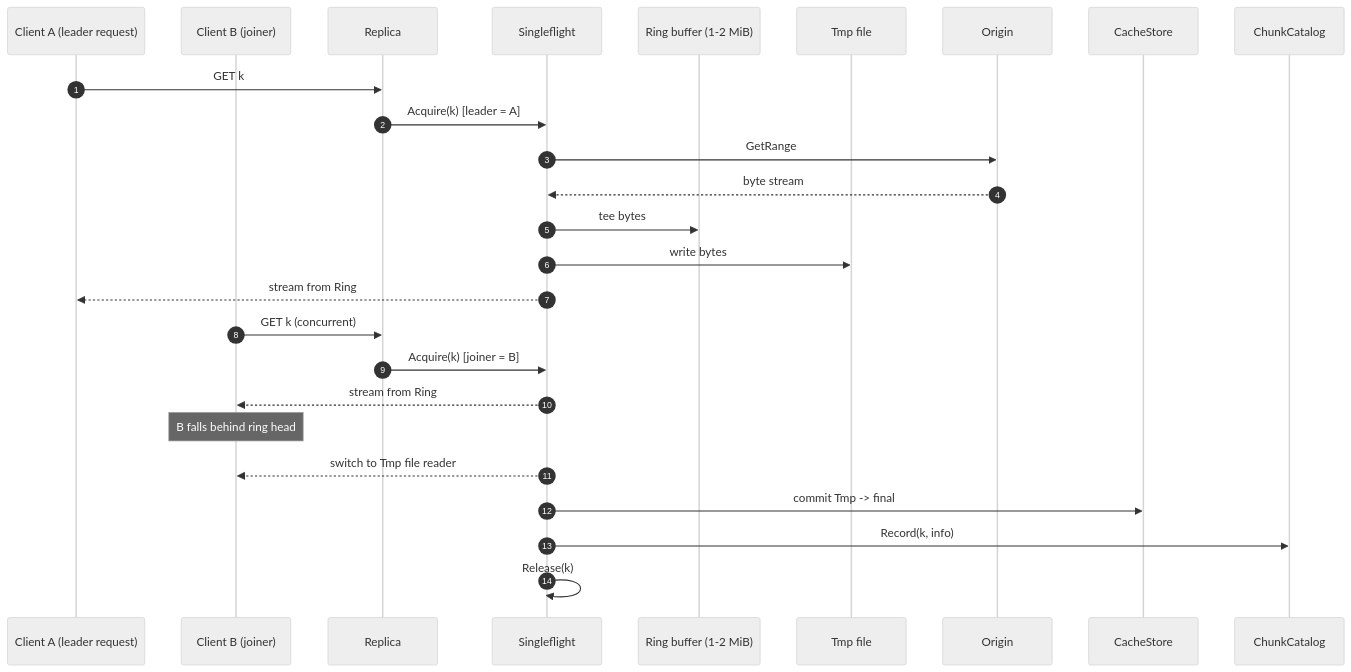
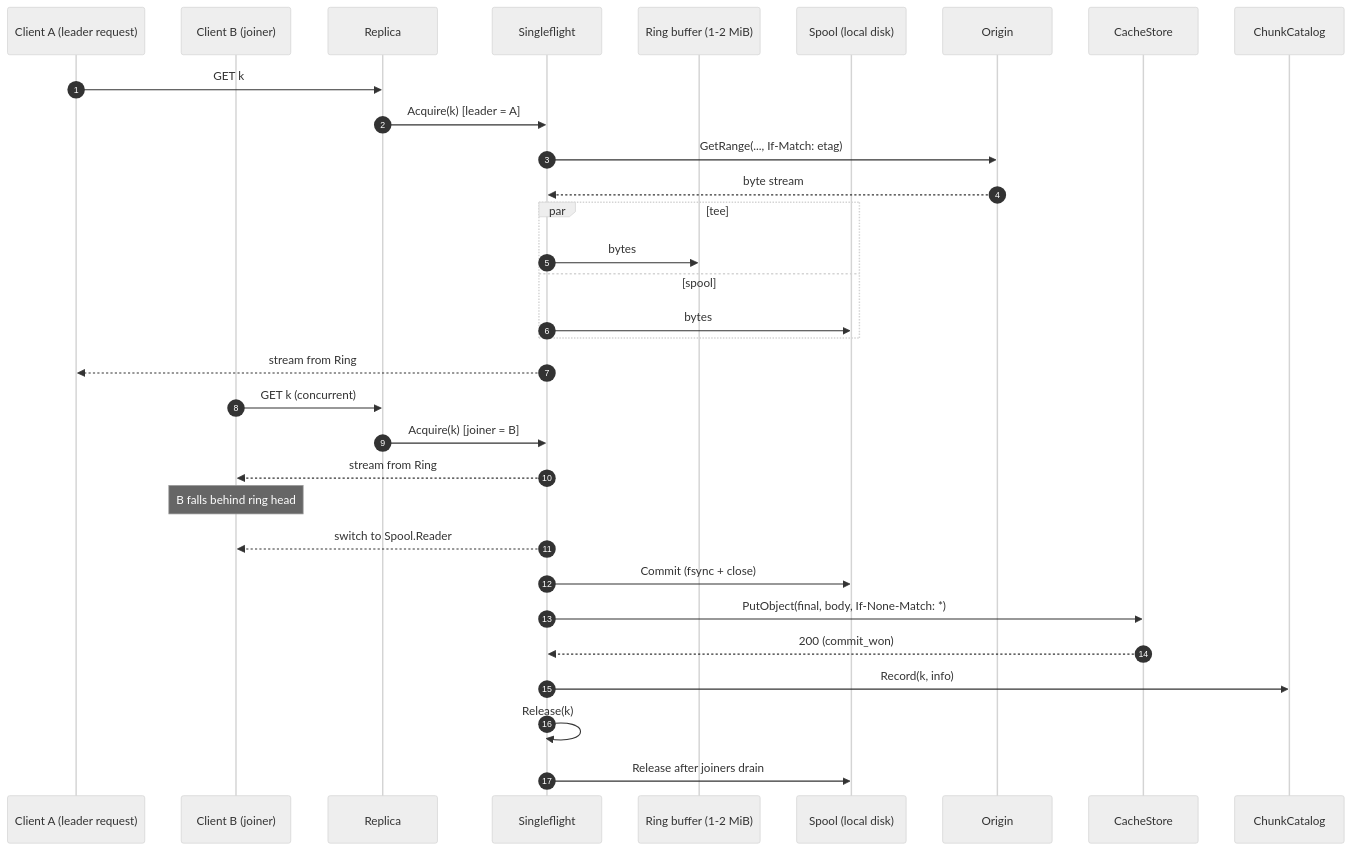
The fifth of 11 diagrams in designdocs/origincache/design.md (Azure/unbounded), drawn with Mermaid (neutral theme) before and after one commit. The commit also changed other lines of this file, not shown here.

````diff
--- a/designdocs/origincache/design.md
+++ b/designdocs/origincache/design.md
@@ -276,28 +406,34 @@
 ```mermaid
 sequenceDiagram
     autonumber
     participant A as Client A (leader request)
     participant B as Client B (joiner)
     participant R as Replica
     participant SF as Singleflight
     participant Ring as Ring buffer (1-2 MiB)
-    participant Tmp as Tmp file
+    participant Sp as Spool (local disk)
     participant O as Origin
     participant CS as CacheStore
     participant Cat as ChunkCatalog
     A->>R: GET k
     R->>SF: Acquire(k) [leader = A]
-    SF->>O: GetRange
+    SF->>O: GetRange(..., If-Match: etag)
     O-->>SF: byte stream
-    SF->>Ring: tee bytes
-    SF->>Tmp: write bytes
+    par tee
+        SF->>Ring: bytes
+    and spool
+        SF->>Sp: bytes
+    end
     SF-->>A: stream from Ring
     B->>R: GET k (concurrent)
     R->>SF: Acquire(k) [joiner = B]
     SF-->>B: stream from Ring
     Note over B: B falls behind ring head
-    SF-->>B: switch to Tmp file reader
-    SF->>CS: commit Tmp -> final
+    SF-->>B: switch to Spool.Reader
+    SF->>Sp: Commit (fsync + close)
+    SF->>CS: PutObject(final, body, If-None-Match: *)
+    CS-->>SF: 200 (commit_won)
     SF->>Cat: Record(k, info)
     SF->>SF: Release(k)
+    SF->>Sp: Release after joiners drain
 ```
````
